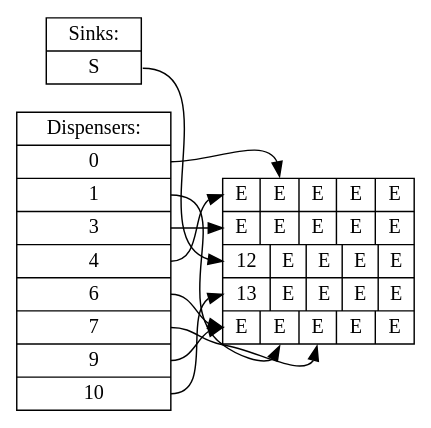
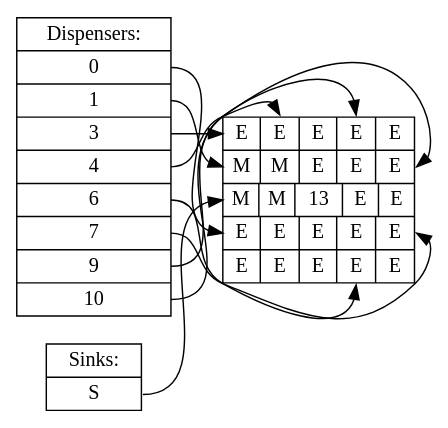
One commit to jiegec/OnePassSynthesisDMFB changed the diagram in solutions/PCR/time10.dot. Above: the diagram before and after it, drawn with Graphviz. The commit also changed 31 other files, not shown here.

```diff
--- a/solutions/PCR/time10.dot
+++ b/solutions/PCR/time10.dot
@@ -1,14 +1,14 @@
 digraph step {rankdir=LR;node [shape=record,fontname="Inconsolata"];
-dispenser [label="Dispensers:|<d1>0|<d13>1|<d18>3|<d0>4|<d14>6|<d12>7|<d15>9|<d16>10"];
+dispenser [label="Dispensers:|<d16>0|<d18>1|<d0>3|<d1>4|<d11>6|<d8>7|<d6>9|<d3>10"];
 sink [label="Sinks:|<s17>S"];
-board [label="{<f00>E|<f01>E|<f02>E|<f03>E|<f04>E}|{<f10>E|<f11>E|<f12>E|<f13>E|<f14>E}|{<f20>12|<f21>E|<f22>E|<f23>E|<f24>E}|{<f30>13|<f31>E|<f32>E|<f33>E|<f34>E}|{<f40>E|<f41>E|<f42>E|<f43>E|<f44>E}"];
-dispenser:d1 -> board:f01
-dispenser:d13 -> board:f41
+board [label="{<f00>E|<f01>E|<f02>E|<f03>E|<f04>E}|{<f10>M|<f11>M|<f12>E|<f13>E|<f14>E}|{<f20>M|<f21>M|<f22>13|<f23>E|<f24>E}|{<f30>E|<f31>E|<f32>E|<f33>E|<f34>E}|{<f40>E|<f41>E|<f42>E|<f43>E|<f44>E}"];
+dispenser:d16 -> board:f30
 dispenser:d18 -> board:f10
 dispenser:d0 -> board:f00
-dispenser:d14 -> board:f40
-dispenser:d12 -> board:f42
-dispenser:d15 -> board:f40
-dispenser:d16 -> board:f30
+dispenser:d1 -> board:f01
+dispenser:d11 -> board:f43
+dispenser:d8 -> board:f34
+dispenser:d6 -> board:f14
+dispenser:d3 -> board:f03
 sink:s17 -> board:f20
 }
```
